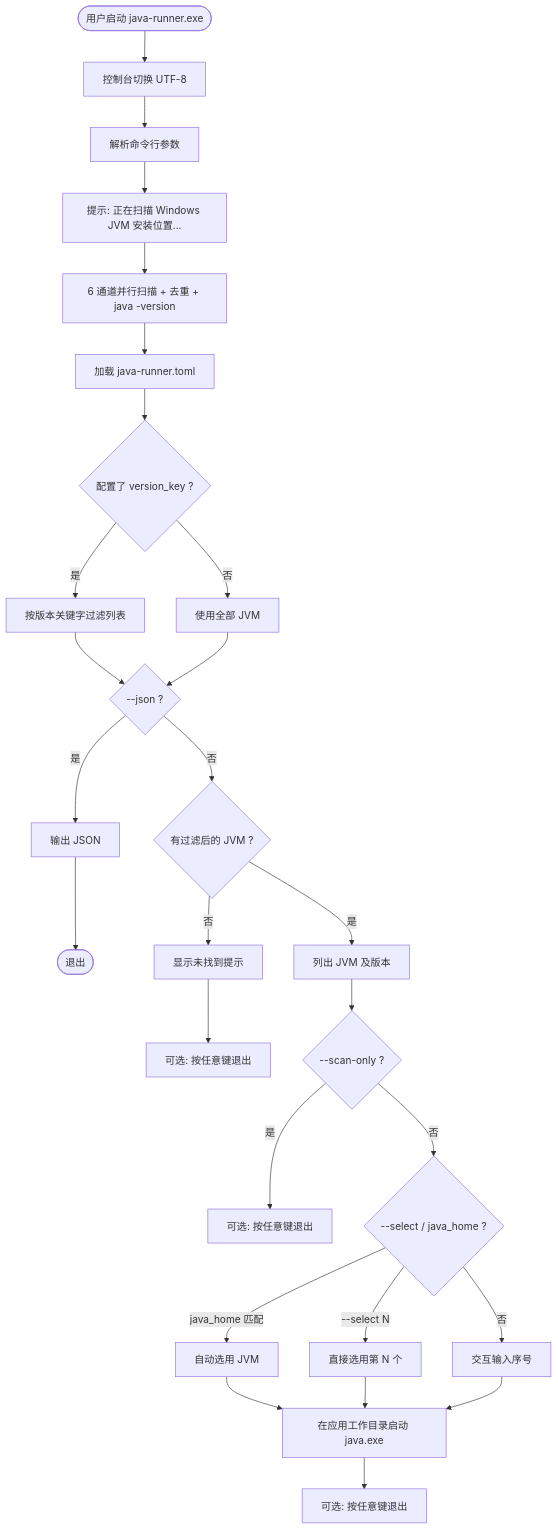
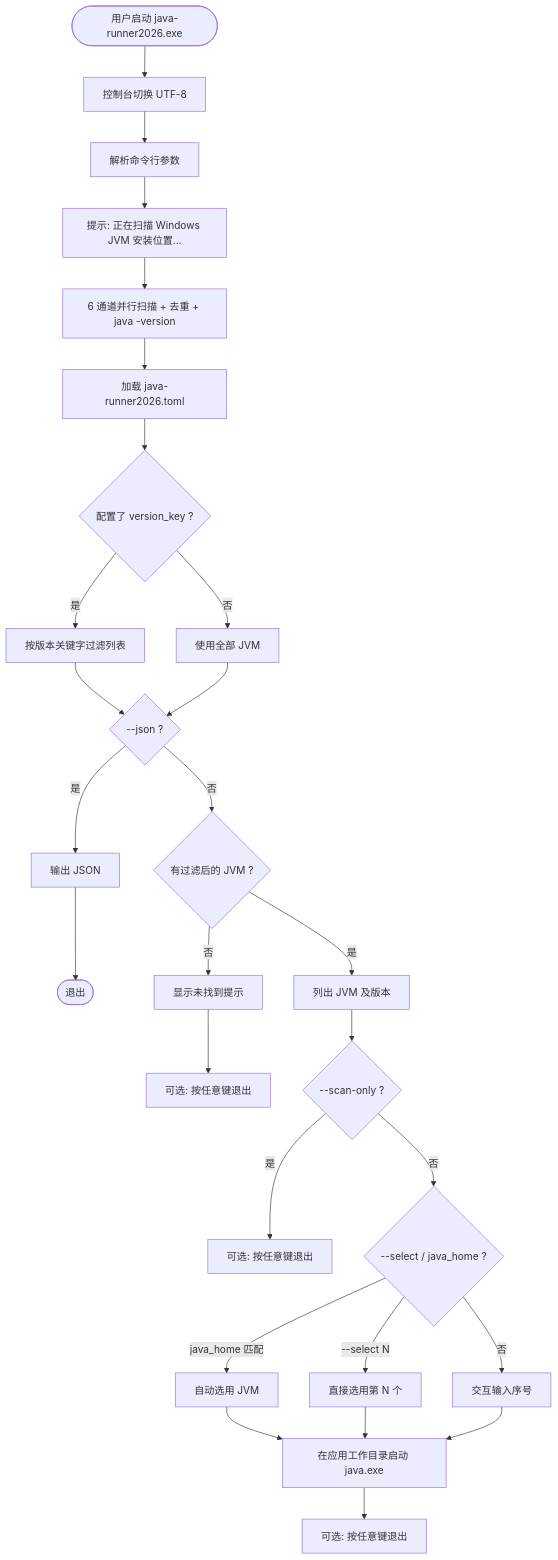
Before and after one commit to tlw-ray/java-runner2026: the first of 9 diagrams in doc/guide_cn.md, drawn with Mermaid. The commit also changed other lines of this file and 17 other files, not shown here.

````diff
--- a/doc/guide_cn.md
+++ b/doc/guide_cn.md
@@ -11,34 +11,34 @@
 ```mermaid
 flowchart TD
-    Start([用户启动 java-runner.exe]) --> Utf8[控制台切换 UTF-8]
+    Start([用户启动 java-runner2026.exe]) --> Utf8[控制台切换 UTF-8]
     Utf8 --> ParseArgs[解析命令行参数]
     ParseArgs --> ScanMsg["提示: 正在扫描 Windows JVM 安装位置..."]
     ScanMsg --> Scan[6 通道并行扫描 + 去重 + java -version]
-    Scan --> LoadConfig[加载 java-runner.toml]
+    Scan --> LoadConfig[加载 java-runner2026.toml]
     LoadConfig --> Filter{配置了 version_key ?}
     Filter -->|是| FilterJvm[按版本关键字过滤列表]
     Filter -->|否| AllJvm[使用全部 JVM]
     FilterJvm --> JsonMode{--json ?}
     AllJvm --> JsonMode
 
     JsonMode -->|是| JsonOut[输出 JSON]
     JsonOut --> JsonExit([退出])
 
     JsonMode -->|否| EmptyCheck{有过滤后的 JVM ?}
     EmptyCheck -->|否| NoJvmMsg[显示未找到提示]
     NoJvmMsg --> Pause1[可选: 按任意键退出]
 
     EmptyCheck -->|是| ListJvm[列出 JVM 及版本]
     ListJvm --> ScanOnly{--scan-only ?}
     ScanOnly -->|是| Pause2[可选: 按任意键退出]
 
     ScanOnly -->|否| Pick{--select / java_home ?}
     Pick -->|java_home 匹配| AutoPick[自动选用 JVM]
     Pick -->|--select N| DirectPick[直接选用第 N 个]
     Pick -->|否| Interactive[交互输入序号]
 
     AutoPick --> RunJava[在应用工作目录启动 java.exe]
     DirectPick --> RunJava
     Interactive --> RunJava
     RunJava --> Pause3[可选: 按任意键退出]
 ```
````
